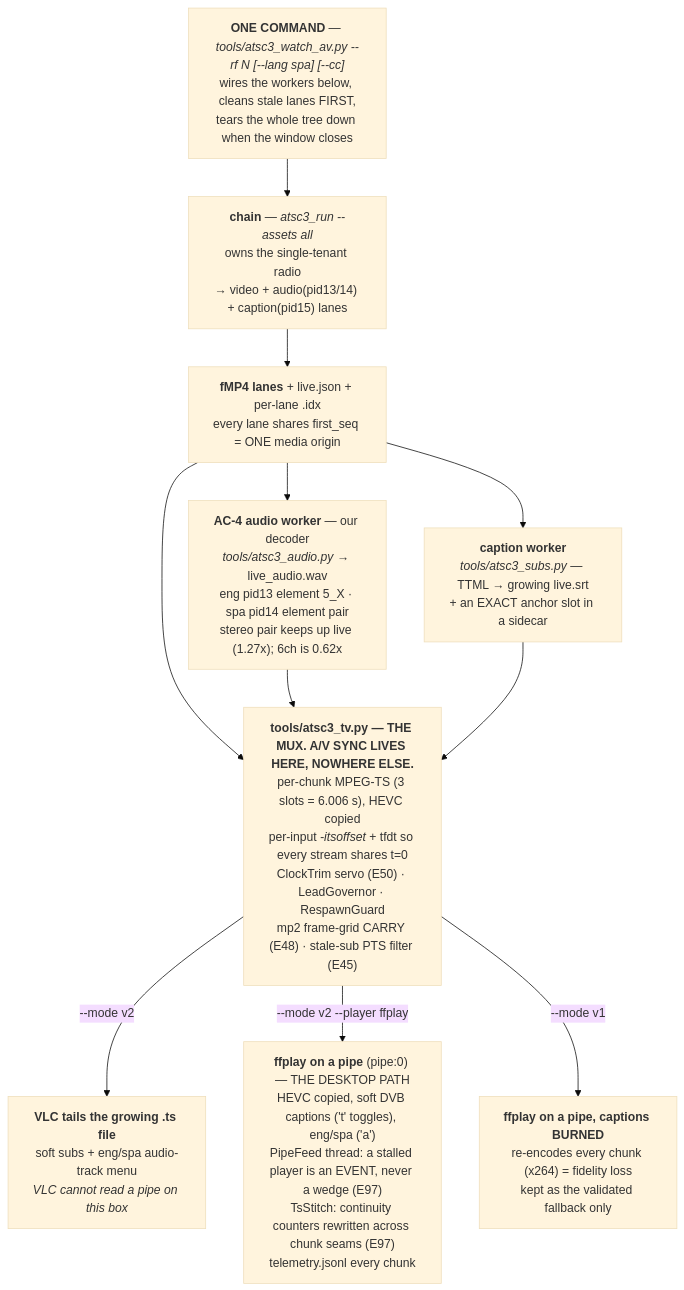
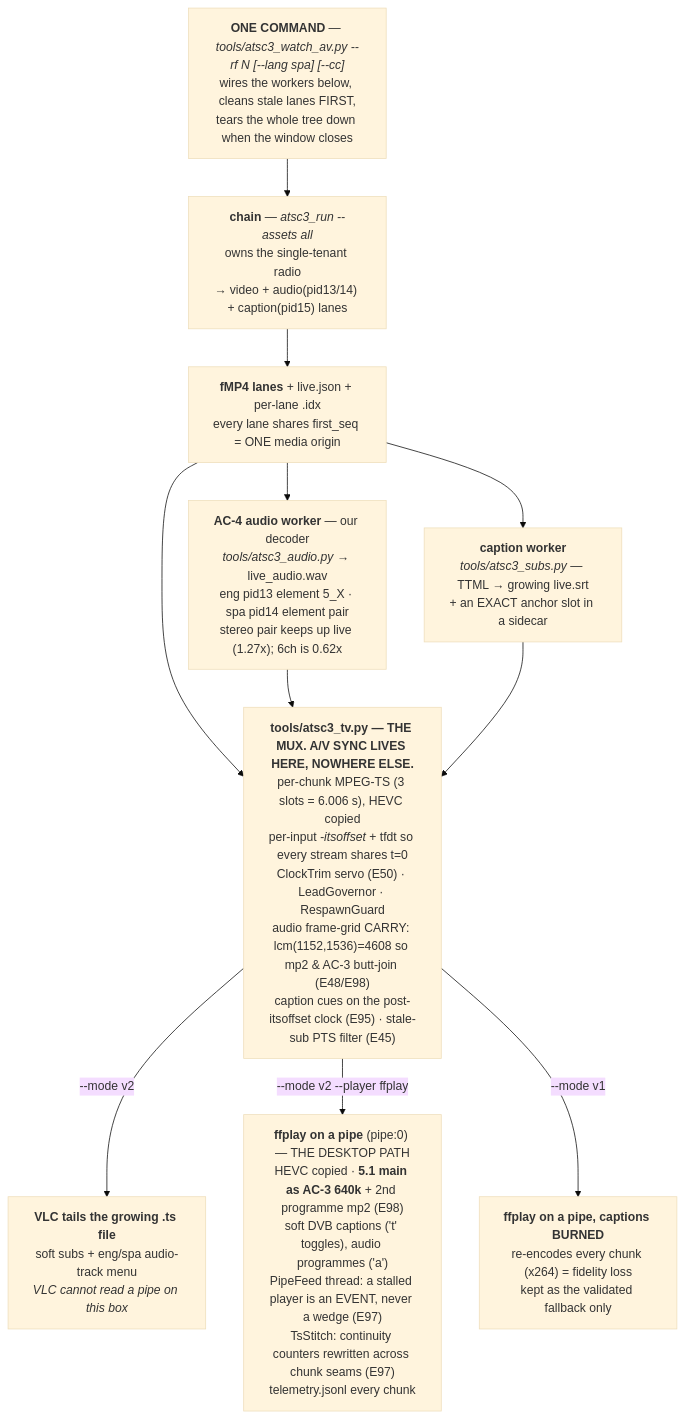
One commit to Felbs/atsc3 changed the ninth of 15 diagrams in docs/ARCHITECTURE.md. Above: the diagram before and after it, drawn with Mermaid (base theme). The commit also changed 2 other files, not shown here.

Commit message:
Live viewer 8/22 pt.2: Linux teardown fix, full 5.1 audio in the diagram, per-antenna band sweep
* tools/atsc3_watch_av.py (E99): the viewer teardown used taskkill only, so on
  Linux closing the window orphaned the chain + audio + caption workers and
  they kept holding the single-tenant radio. Now taskkill /T on Windows;
  terminate-with-children (psutil) then kill on Linux.
* lab/band_sweep.py: ATSC3_SWEEP_ANT env override so the RF7-36 discovery
  sweep can run on each antenna port in turn.
* docs/ARCHITECTURE.md: the mux diagram now shows the 5.1 main travelling as
  AC-3 640k with the second programme as mp2, and the audio frame-grid carry
  as lcm(1152,1536)=4608 so the two codecs butt-join at every 6 s seam.

🤖 Generated with [Claude Code](https://claude.com/claude-code)

https://claude.ai/code/session_01TnvFcDxTqtswtfrvhvS5Gp

````diff
--- a/docs/ARCHITECTURE.md
+++ b/docs/ARCHITECTURE.md
@@ -369,15 +369,15 @@
 ```mermaid
 flowchart TD
     ORCH["<b>ONE COMMAND</b> &mdash; <i>tools/atsc3_watch_av.py --rf N [--lang spa] [--cc]</i><br/>wires the workers below, cleans stale lanes FIRST,<br/>tears the whole tree down when the window closes"]
     ORCH --> CHAIN["<b>chain</b> &mdash; <i>atsc3_run --assets all</i><br/>owns the single-tenant radio<br/>&rarr; video + audio(pid13/14) + caption(pid15) lanes"]
     CHAIN --> LANES["<b>fMP4 lanes</b> + live.json + per-lane .idx<br/>every lane shares first_seq = ONE media origin"]
     LANES --> AUD["<b>AC-4 audio worker</b> &mdash; our decoder<br/><i>tools/atsc3_audio.py</i> &rarr; live_audio.wav<br/>eng pid13 element 5_X &middot; spa pid14 element pair<br/>stereo pair keeps up live (1.27x); 6ch is 0.62x"]
     LANES --> SUBS["<b>caption worker</b><br/><i>tools/atsc3_subs.py</i> &mdash; TTML &rarr; growing live.srt<br/>+ an EXACT anchor slot in a sidecar"]
     LANES --> TV
     AUD --> TV
     SUBS --> TV
-    TV["<b>tools/atsc3_tv.py &mdash; THE MUX. A/V SYNC LIVES HERE, NOWHERE ELSE.</b><br/>per-chunk MPEG-TS (3 slots = 6.006 s), HEVC copied<br/>per-input <i>-itsoffset</i> + tfdt so every stream shares t=0<br/>ClockTrim servo (E50) &middot; LeadGovernor &middot; RespawnGuard<br/>mp2 frame-grid CARRY (E48) &middot; stale-sub PTS filter (E45)"]
+    TV["<b>tools/atsc3_tv.py &mdash; THE MUX. A/V SYNC LIVES HERE, NOWHERE ELSE.</b><br/>per-chunk MPEG-TS (3 slots = 6.006 s), HEVC copied<br/>per-input <i>-itsoffset</i> + tfdt so every stream shares t=0<br/>ClockTrim servo (E50) &middot; LeadGovernor &middot; RespawnGuard<br/>audio frame-grid CARRY: lcm(1152,1536)=4608 so mp2 &amp; AC-3 butt-join (E48/E98)<br/>caption cues on the post-itsoffset clock (E95) &middot; stale-sub PTS filter (E45)"]
     TV -->|"--mode v2"| VLC["<b>VLC tails the growing .ts file</b><br/>soft subs + eng/spa audio-track menu<br/><i>VLC cannot read a pipe on this box</i>"]
-    TV -->|"--mode v2 --player ffplay"| FF["<b>ffplay on a pipe</b> (pipe:0) &mdash; THE DESKTOP PATH<br/>HEVC copied, soft DVB captions ('t' toggles), eng/spa ('a')<br/>PipeFeed thread: a stalled player is an EVENT, never a wedge (E97)<br/>TsStitch: continuity counters rewritten across chunk seams (E97)<br/>telemetry.jsonl every chunk"]
+    TV -->|"--mode v2 --player ffplay"| FF["<b>ffplay on a pipe</b> (pipe:0) &mdash; THE DESKTOP PATH<br/>HEVC copied &middot; <b>5.1 main as AC-3 640k</b> + 2nd programme mp2 (E98)<br/>soft DVB captions ('t' toggles), audio programmes ('a')<br/>PipeFeed thread: a stalled player is an EVENT, never a wedge (E97)<br/>TsStitch: continuity counters rewritten across chunk seams (E97)<br/>telemetry.jsonl every chunk"]
     TV -->|"--mode v1"| FF1["<b>ffplay on a pipe, captions BURNED</b><br/>re-encodes every chunk (x264) = fidelity loss<br/>kept as the validated fallback only"]
 ```
````
